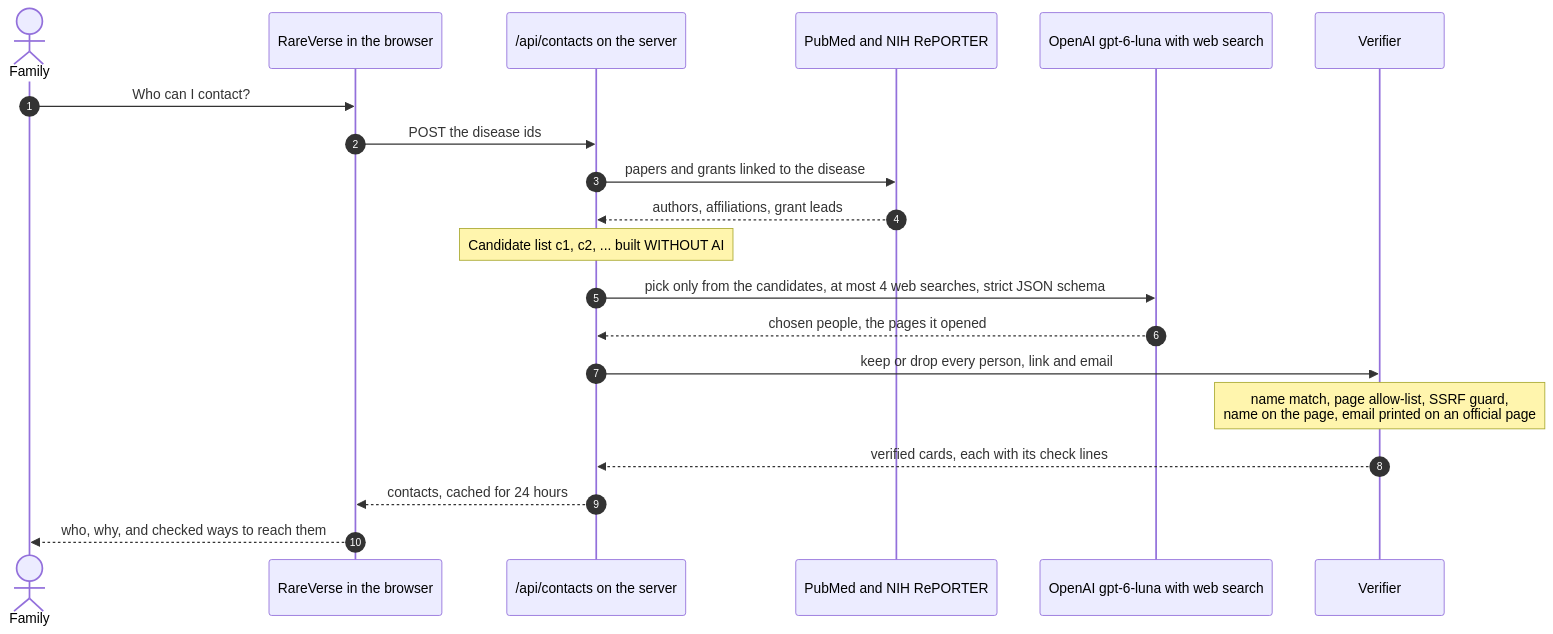
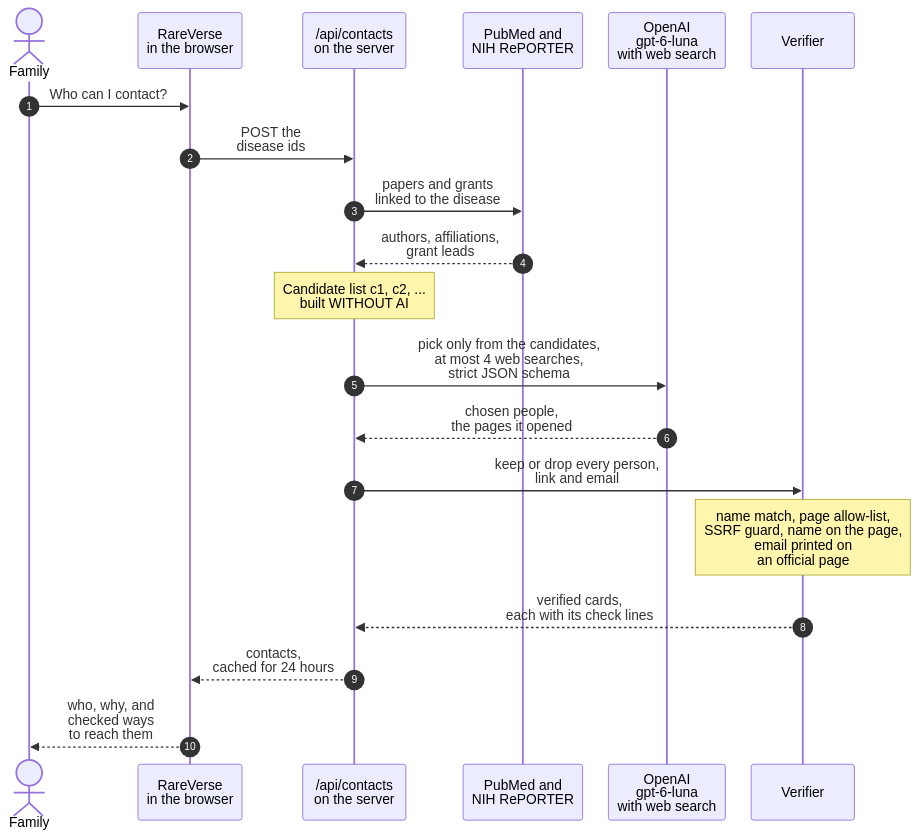
Before and after one commit to vihuynh72/research-os: the tenth of 12 diagrams in README.md, drawn with Mermaid. The commit also changed other lines of this file and 1 other file, not shown here.

````diff
--- a/README.md
+++ b/README.md
@@ -462,22 +462,23 @@
 ```mermaid
+%%{init: {"sequence": {"actorMargin": 30, "width": 120, "diagramMarginX": 10}}}%%
 sequenceDiagram
     autonumber
     actor F as Family
-    participant UI as RareVerse in the browser
-    participant API as /api/contacts on the server
-    participant REC as PubMed and NIH RePORTER
-    participant AI as OpenAI gpt-6-luna with web search
+    participant UI as RareVerse<br/>in the browser
+    participant API as /api/contacts<br/>on the server
+    participant REC as PubMed and<br/>NIH RePORTER
+    participant AI as OpenAI<br/>gpt-6-luna<br/>with web search
     participant V as Verifier
     F->>UI: Who can I contact?
-    UI->>API: POST the disease ids
-    API->>REC: papers and grants linked to the disease
-    REC-->>API: authors, affiliations, grant leads
-    Note over API: Candidate list c1, c2, ... built WITHOUT AI
-    API->>AI: pick only from the candidates, at most 4 web searches, strict JSON schema
-    AI-->>API: chosen people, the pages it opened
-    API->>V: keep or drop every person, link and email
-    Note over V: name match, page allow-list, SSRF guard,<br/>name on the page, email printed on an official page
-    V-->>API: verified cards, each with its check lines
-    API-->>UI: contacts, cached for 24 hours
-    UI-->>F: who, why, and checked ways to reach them
+    UI->>API: POST the<br/>disease ids
+    API->>REC: papers and grants<br/>linked to the disease
+    REC-->>API: authors, affiliations,<br/>grant leads
+    Note over API: Candidate list c1, c2, ...<br/>built WITHOUT AI
+    API->>AI: pick only from the candidates,<br/>at most 4 web searches,<br/>strict JSON schema
+    AI-->>API: chosen people,<br/>the pages it opened
+    API->>V: keep or drop every person,<br/>link and email
+    Note over V: name match, page allow-list,<br/>SSRF guard, name on the page,<br/>email printed on<br/>an official page
+    V-->>API: verified cards,<br/>each with its check lines
+    API-->>UI: contacts,<br/>cached for 24 hours
+    UI-->>F: who, why, and<br/>checked ways<br/>to reach them
 ```
````
